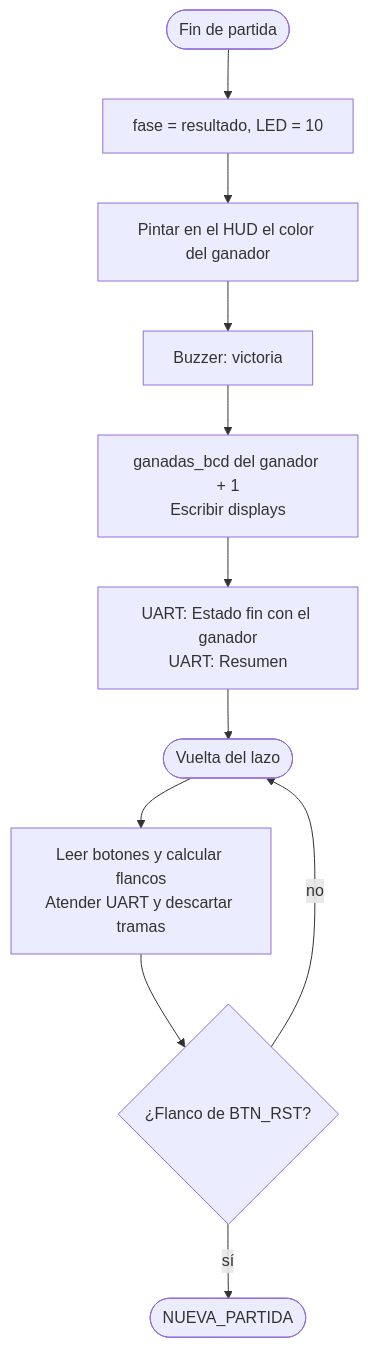
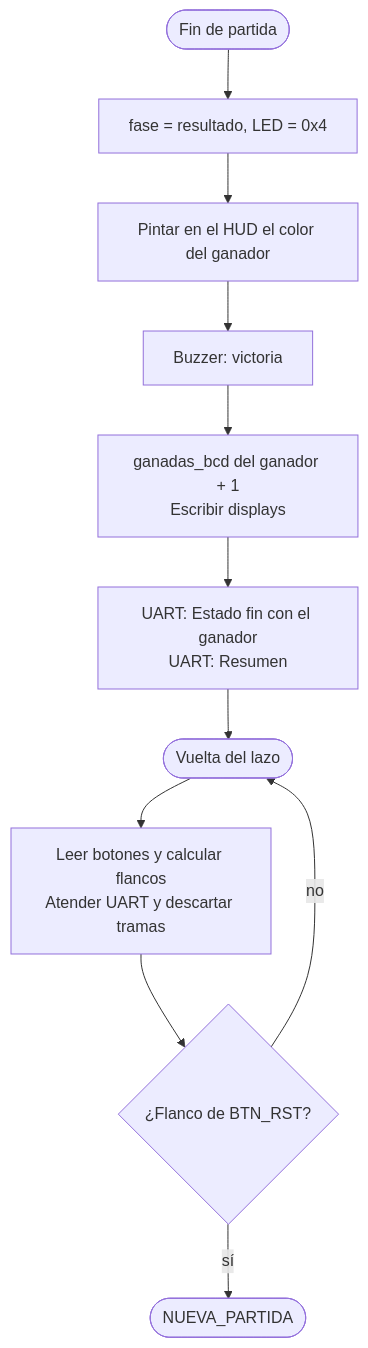
The fifth of 5 diagrams in docs/diseño/diagramas/nivel03.md (Taller-de-diseno-digital-GR01/Proyecto-3-Batalla-Naval), drawn with Mermaid before and after one commit. The commit also changed other lines of this file, not shown here.

Commit message:
nivel03.md: los códigos del LED no eran one-hot como espera PERIFERICO_LED

````diff
--- a/docs/diseño/diagramas/nivel03.md
+++ b/docs/diseño/diagramas/nivel03.md
@@ -423,13 +423,13 @@
 ```mermaid
 flowchart TD
-    E(["Fin de partida"]) --> F["fase = resultado, LED = 10"]
+    E(["Fin de partida"]) --> F["fase = resultado, LED = 0x4"]
     F --> HUD["Pintar en el HUD el color del ganador"]
     HUD --> BZ["Buzzer: victoria"]
     BZ --> M["ganadas_bcd del ganador + 1<br/>Escribir displays"]
     M --> U["UART: Estado fin con el ganador<br/>UART: Resumen"]
     U --> V(["Vuelta del lazo"])
     V --> LEER["Leer botones y calcular flancos<br/>Atender UART y descartar tramas"]
     LEER --> RST{"¿Flanco de BTN_RST?"}
     RST -->|"no"| V
     RST -->|"sí"| NP(["NUEVA_PARTIDA"])
 ```
````
